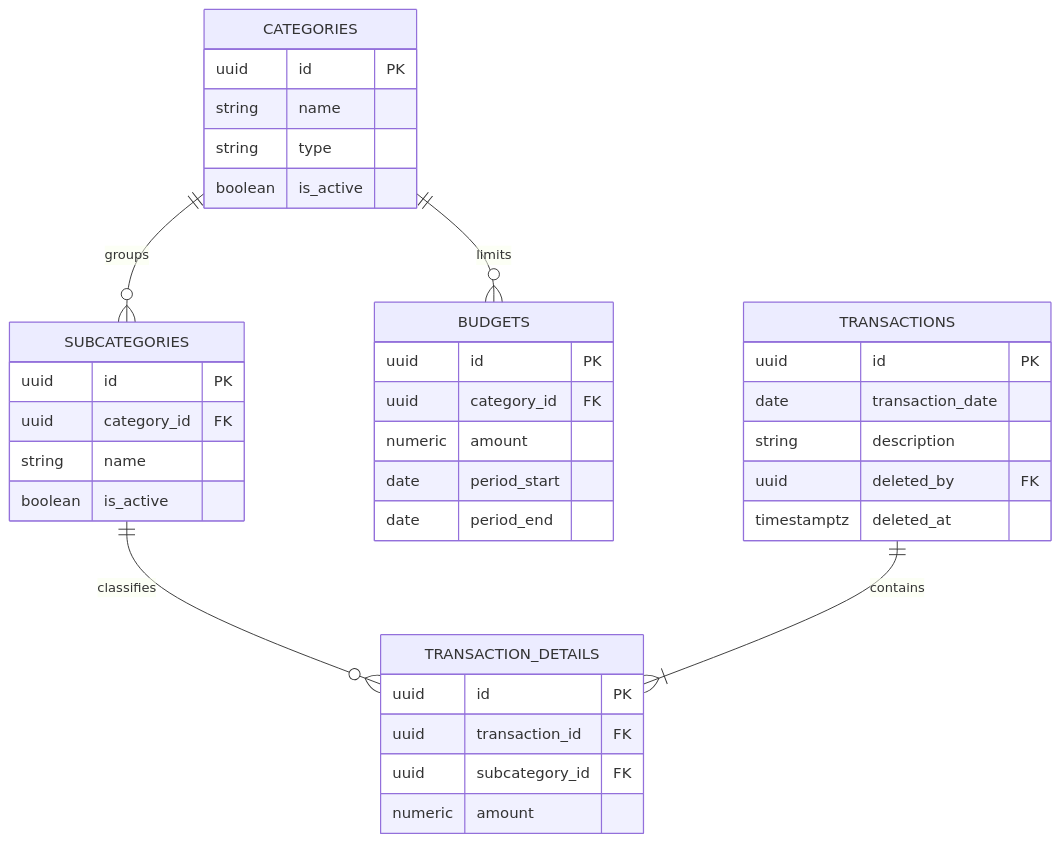
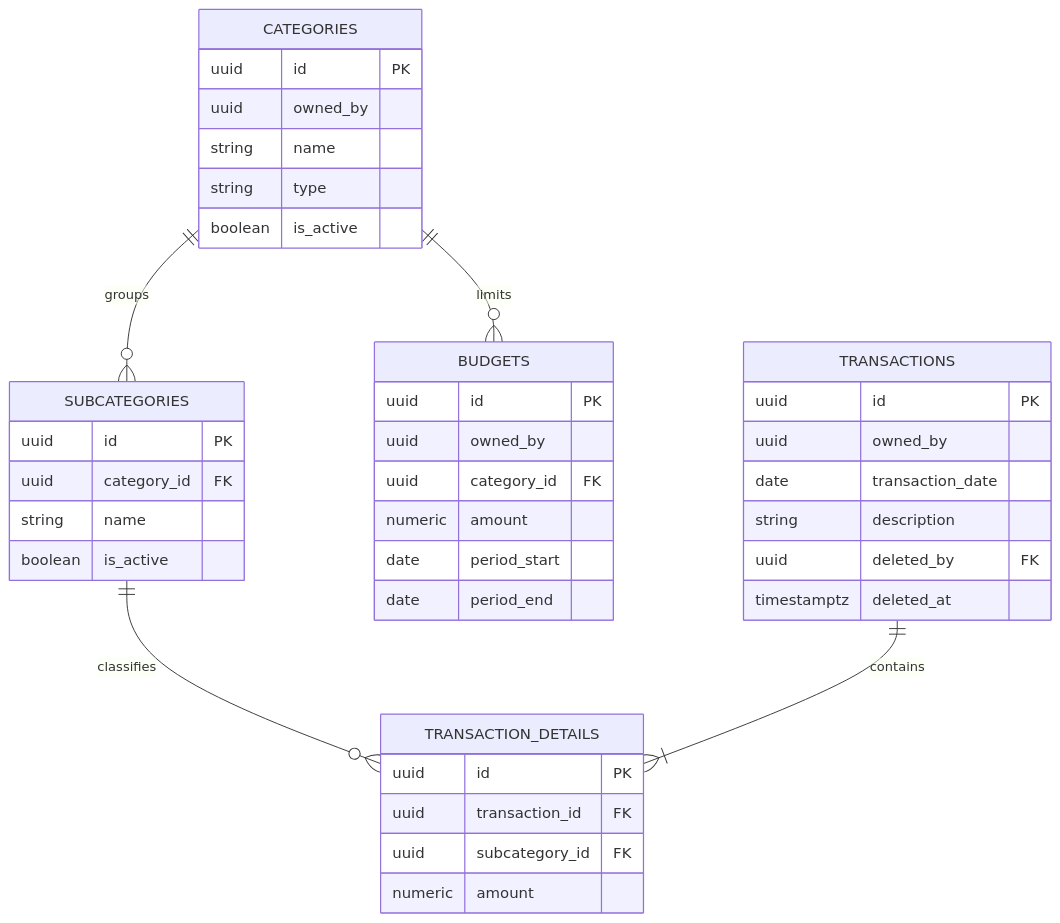
Before and after one commit to Naudi13/budget-tracker: the diagram in docs/06-data/models.md, drawn with Mermaid. The commit also changed other lines of this file and 3 other files, not shown here.

````diff
--- a/docs/06-data/models.md
+++ b/docs/06-data/models.md
@@ -26,39 +26,42 @@
 ```mermaid
 erDiagram
     CATEGORIES ||--o{ SUBCATEGORIES : groups
     CATEGORIES ||--o{ BUDGETS : limits
     SUBCATEGORIES ||--o{ TRANSACTION_DETAILS : classifies
     TRANSACTIONS ||--|{ TRANSACTION_DETAILS : contains
     CATEGORIES {
         uuid id PK
+        uuid owned_by
         string name
         string type
         boolean is_active
     }
     SUBCATEGORIES {
         uuid id PK
         uuid category_id FK
         string name
         boolean is_active
     }
     BUDGETS {
         uuid id PK
+        uuid owned_by
         uuid category_id FK
         numeric amount
         date period_start
         date period_end
     }
     TRANSACTIONS {
         uuid id PK
+        uuid owned_by
         date transaction_date
         string description
         uuid deleted_by FK
         timestamptz deleted_at
     }
     TRANSACTION_DETAILS {
         uuid id PK
         uuid transaction_id FK
         uuid subcategory_id FK
         numeric amount
     }
 ```
````
